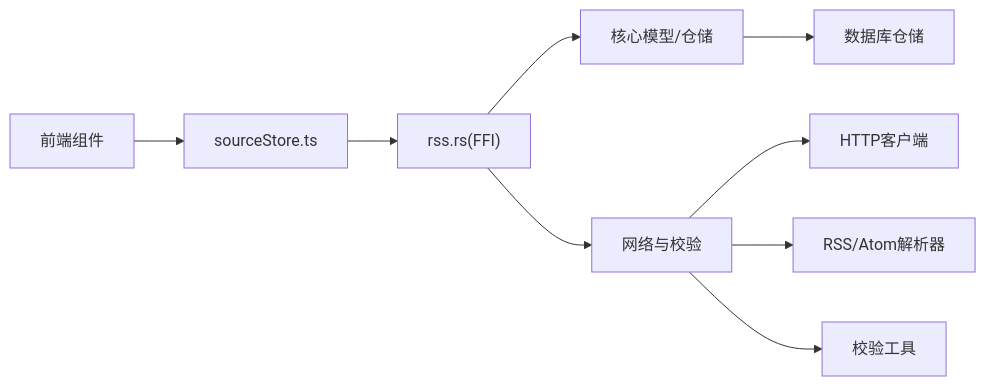
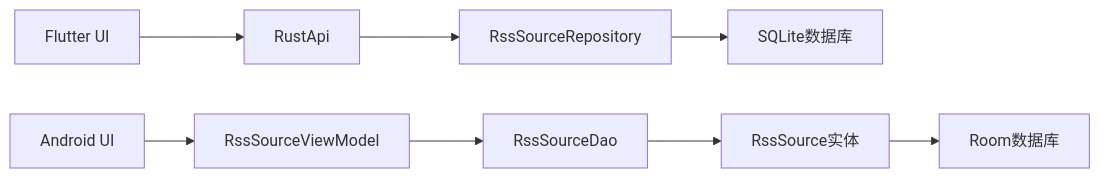
One commit to ZhangGHGitHub/LegadoTeamFlutter changed the eighth of 8 diagrams in .qoder/repowiki/zh/content/RSS订阅系统/RSS源管理.md. Above: the diagram before and after it, drawn with Mermaid. The commit also changed other lines of this file and 173 other files, not shown here.

````diff
--- a/.qoder/repowiki/zh/content/RSS订阅系统/RSS源管理.md
+++ b/.qoder/repowiki/zh/content/RSS订阅系统/RSS源管理.md
@@ -437,11 +309,10 @@
 ```mermaid
 graph LR
-FE["前端组件"] --> STORE["sourceStore.ts"]
-STORE --> FFI["rss.rs(FFI)"]
-FFI --> CORE["核心模型/仓储"]
-CORE --> DB["数据库仓储"]
-FFI --> NET["网络与校验"]
-NET --> HTTP["HTTP客户端"]
-NET --> PARSER["RSS/Atom解析器"]
-NET --> VERIFY["校验工具"]
+Flutter["Flutter UI"] --> RustApi["RustApi"]
+RustApi --> RustRepo["RssSourceRepository"]
+RustRepo --> SQLite["SQLite数据库"]
+Android["Android UI"] --> ViewModel["RssSourceViewModel"]
+ViewModel --> Dao["RssSourceDao"]
+Dao --> Entity["RssSource实体"]
+Entity --> Room["Room数据库"]
 ```
````
